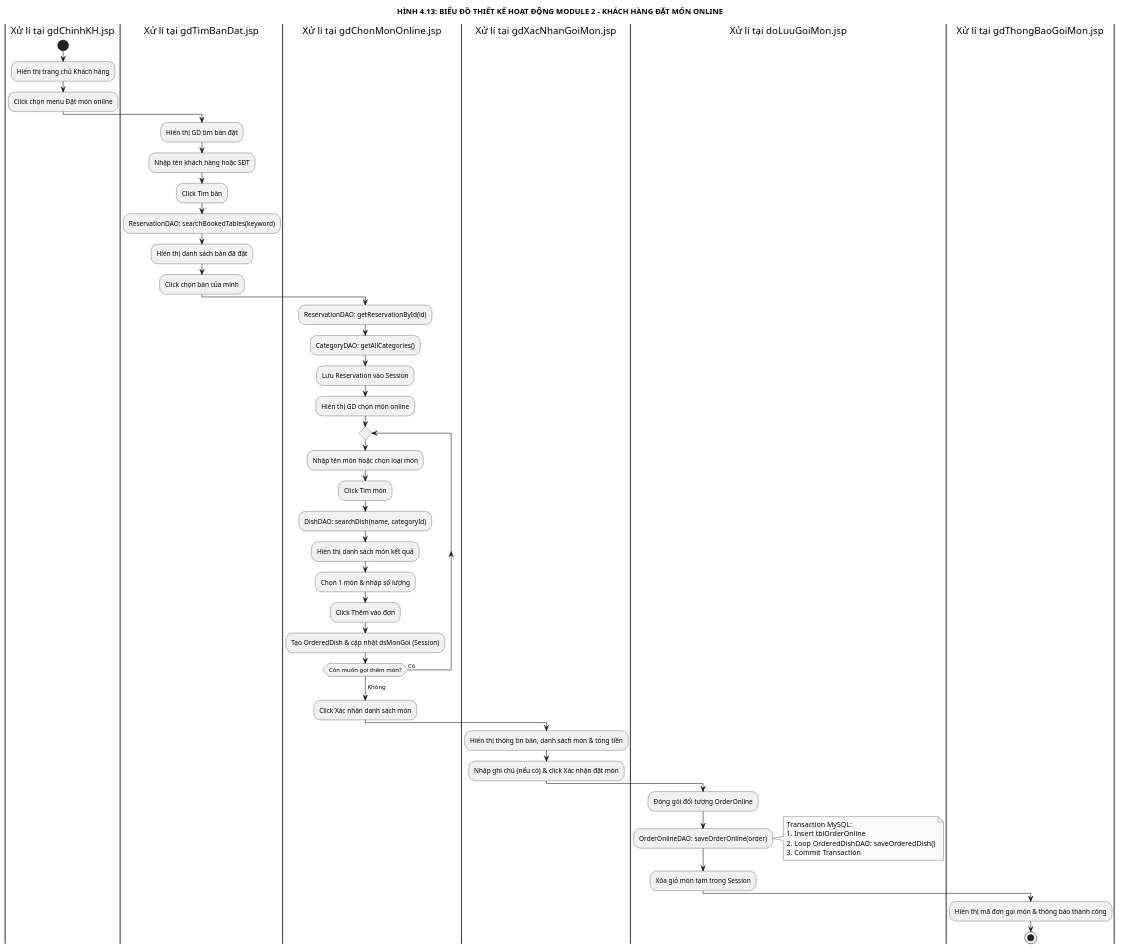
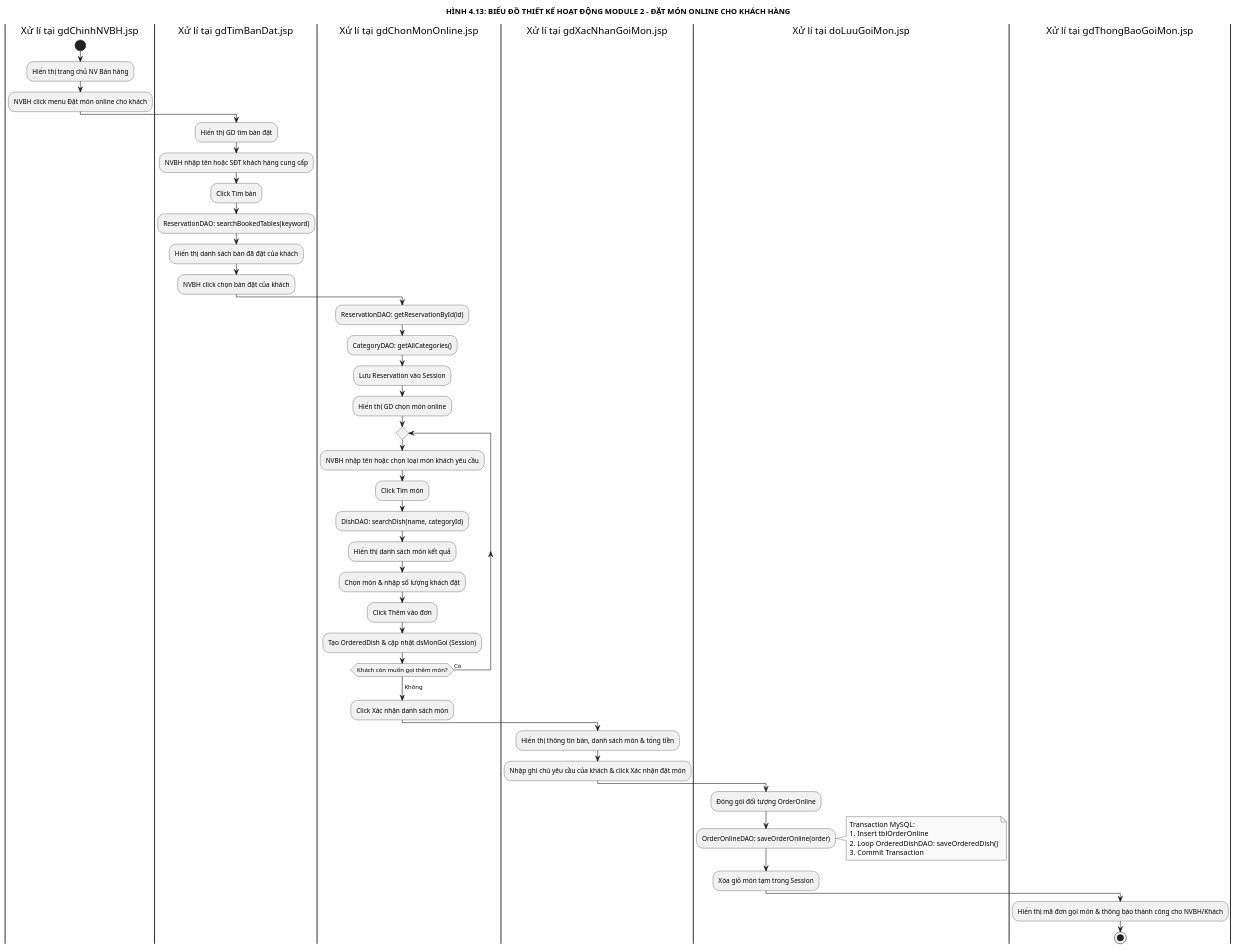
Before and after one commit to NEWBIE1005/RMS_RestaurantManagementSystem: the diagram in docs/plantuml/thiet_ke/Design_06a_Module2_Activity.puml, drawn with PlantUML. The commit also changed 30 other files, not shown here.

```diff
--- a/docs/plantuml/thiet_ke/Design_06a_Module2_Activity.puml
+++ b/docs/plantuml/thiet_ke/Design_06a_Module2_Activity.puml
@@ -1,58 +1,58 @@
 @startuml Design_06a_Module2_Activity
 skinparam monochrome true
 skinparam shadowing false
 
-title HÌNH 4.13: BIỂU ĐỒ THIẾT KẾ HOẠT ĐỘNG MODULE 2 - KHÁCH HÀNG ĐẶT MÓN ONLINE
+title HÌNH 4.13: BIỂU ĐỒ THIẾT KẾ HOẠT ĐỘNG MODULE 2 - ĐẶT MÓN ONLINE CHO KHÁCH HÀNG
 
-|Xử lí tại gdChinhKH.jsp|
+|Xử lí tại gdChinhNVBH.jsp|
 start
-:Hiển thị trang chủ Khách hàng;
-:Click chọn menu Đặt món online;
+:Hiển thị trang chủ NV Bán hàng;
+:NVBH click menu Đặt món online cho khách;
 
 |Xử lí tại gdTimBanDat.jsp|
 :Hiển thị GD tìm bàn đặt;
-:Nhập tên khách hàng hoặc SĐT;
+:NVBH nhập tên hoặc SĐT khách hàng cung cấp;
 :Click Tìm bàn;
 :ReservationDAO: searchBookedTables(keyword);
-:Hiển thị danh sách bàn đã đặt;
-:Click chọn bàn của mình;
+:Hiển thị danh sách bàn đã đặt của khách;
+:NVBH click chọn bàn đặt của khách;
 
 |Xử lí tại gdChonMonOnline.jsp|
 :ReservationDAO: getReservationById(id);
 :CategoryDAO: getAllCategories();
 :Lưu Reservation vào Session;
 :Hiển thị GD chọn món online;
 
 repeat
-  :Nhập tên món hoặc chọn loại món;
+  :NVBH nhập tên hoặc chọn loại món khách yêu cầu;
   :Click Tìm món;
   :DishDAO: searchDish(name, categoryId);
   :Hiển thị danh sách món kết quả;
-  :Chọn 1 món & nhập số lượng;
+  :Chọn món & nhập số lượng khách đặt;
   :Click Thêm vào đơn;
   :Tạo OrderedDish & cập nhật dsMonGoi (Session);
-repeat while (Còn muốn gọi thêm món?) is (Có)
+repeat while (Khách còn muốn gọi thêm món?) is (Có)
 ->Không;
 
 :Click Xác nhận danh sách món;
 
 |Xử lí tại gdXacNhanGoiMon.jsp|
 :Hiển thị thông tin bàn, danh sách món & tổng tiền;
-:Nhập ghi chú (nếu có) & click Xác nhận đặt món;
+:Nhập ghi chú yêu cầu của khách & click Xác nhận đặt món;
 
 |Xử lí tại doLuuGoiMon.jsp|
 :Đóng gói đối tượng OrderOnline;
 :OrderOnlineDAO: saveOrderOnline(order);
 note right
   Transaction MySQL:
   1. Insert tblOrderOnline
   2. Loop OrderedDishDAO: saveOrderedDish()
   3. Commit Transaction
 end note
 :Xóa giỏ món tạm trong Session;
 
 |Xử lí tại gdThongBaoGoiMon.jsp|
-:Hiển thị mã đơn gọi món & thông báo thành công;
+:Hiển thị mã đơn gọi món & thông báo thành công cho NVBH/Khách;
 stop
 
 @enduml
```
